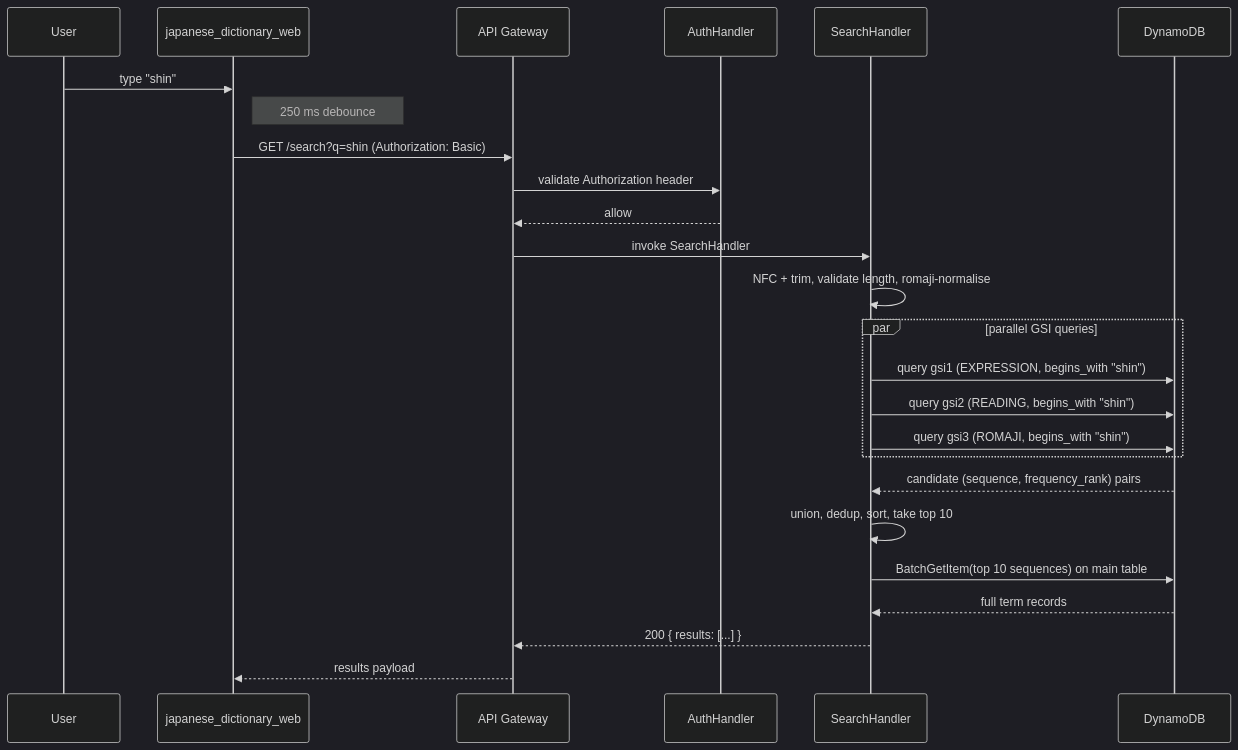
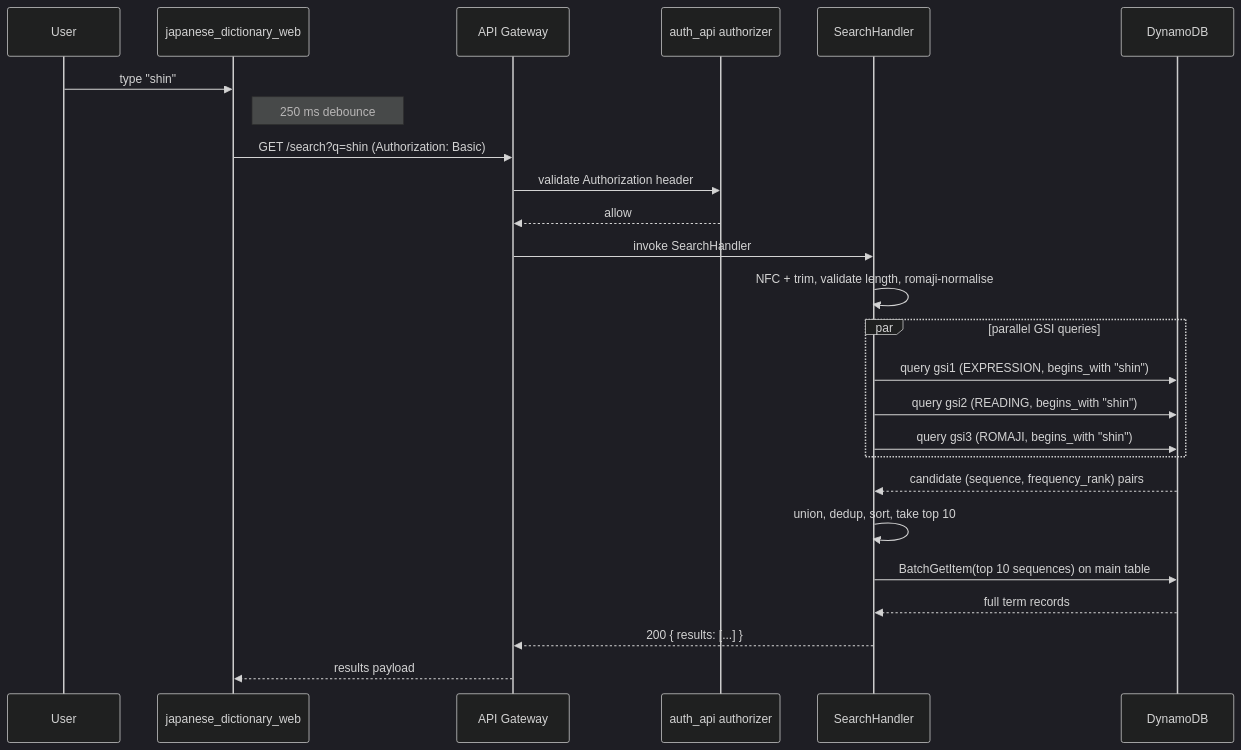
One commit to jordansimsmith/jordansimsmith-com changed the second of 4 diagrams in japanese_dictionary_api/README.md. Above: the diagram before and after it, drawn with Mermaid (dark theme). The commit also changed other lines of this file and 52 other files, not shown here.

Commit message:
Centralise lambda authorizers into shared auth_api service

````diff
--- a/japanese_dictionary_api/README.md
+++ b/japanese_dictionary_api/README.md
@@ -76,28 +76,28 @@
 ```mermaid
 sequenceDiagram
   participant User as User
   participant Web as japanese_dictionary_web
   participant Gateway as API Gateway
-  participant Auth as AuthHandler
+  participant Auth as auth_api authorizer
   participant Search as SearchHandler
   participant Dynamo as DynamoDB
 
   User->>Web: type "shin"
   Note right of Web: 250 ms debounce
   Web->>Gateway: GET /search?q=shin (Authorization: Basic)
   Gateway->>Auth: validate Authorization header
   Auth-->>Gateway: allow
   Gateway->>Search: invoke SearchHandler
   Search->>Search: NFC + trim, validate length, romaji-normalise
   par parallel GSI queries
     Search->>Dynamo: query gsi1 (EXPRESSION, begins_with "shin")
     Search->>Dynamo: query gsi2 (READING, begins_with "shin")
     Search->>Dynamo: query gsi3 (ROMAJI, begins_with "shin")
   end
   Dynamo-->>Search: candidate (sequence, frequency_rank) pairs
   Search->>Search: union, dedup, sort, take top 10
   Search->>Dynamo: BatchGetItem(top 10 sequences) on main table
   Dynamo-->>Search: full term records
   Search-->>Gateway: 200 { results: [...] }
   Gateway-->>Web: results payload
 ```
````
